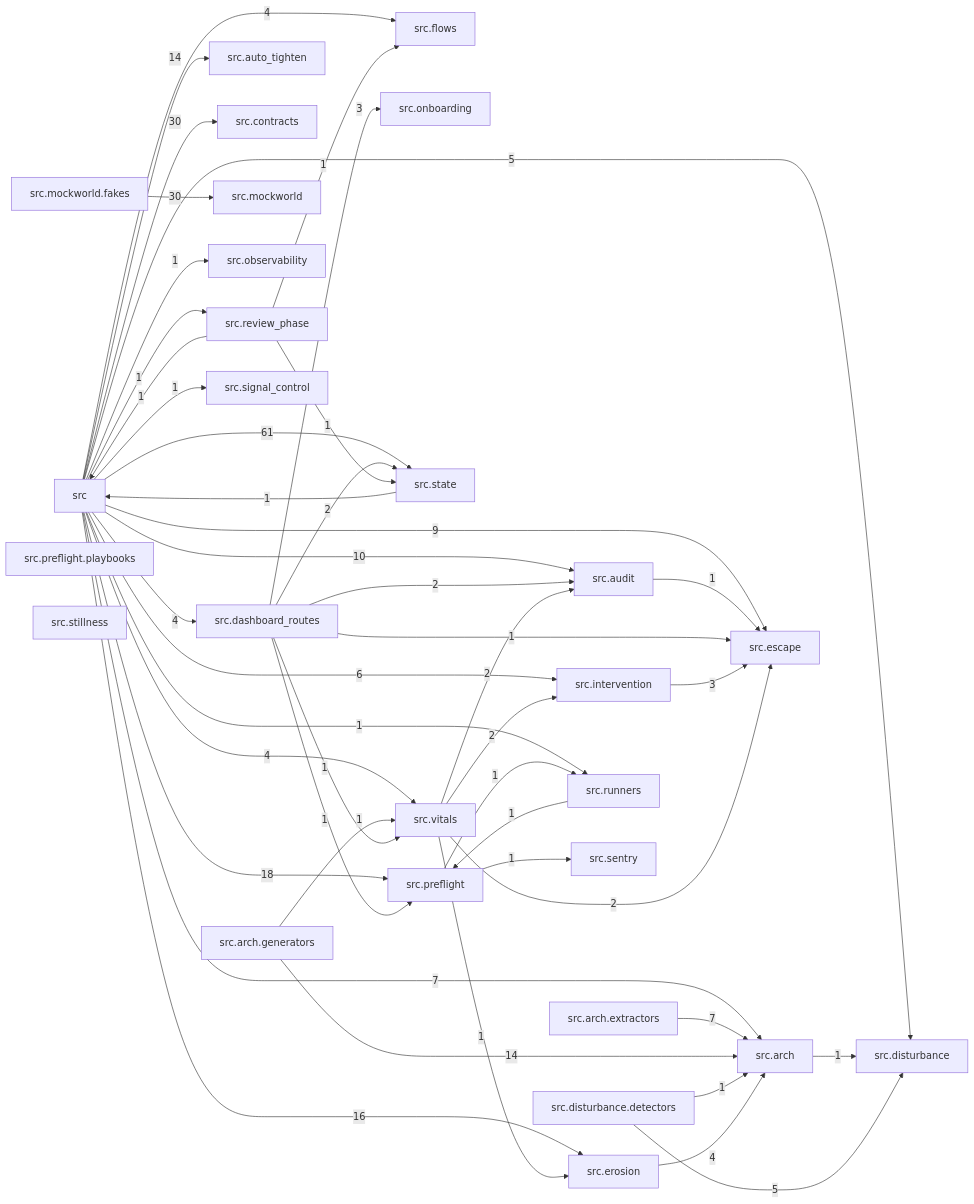
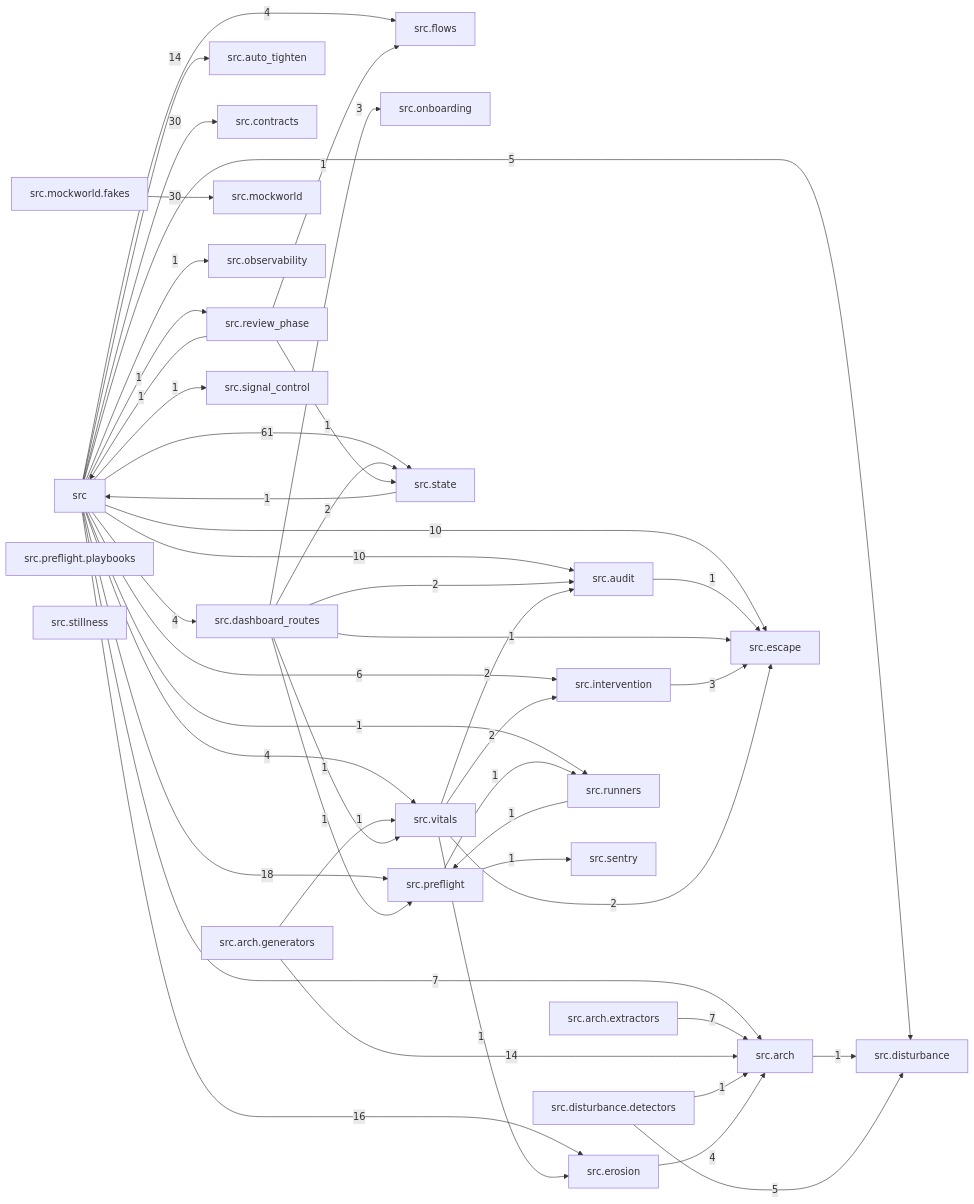
The diagram in docs/arch/generated/modules.md (T-rav/hydraflow), drawn with Mermaid before and after one commit. The commit also changed 9 other files, not shown here.

````diff
--- a/docs/arch/generated/modules.md
+++ b/docs/arch/generated/modules.md
@@ -7,74 +7,74 @@
 ```mermaid
 graph LR
     src["src"]
     src_arch["src.arch"]
     src_arch_extractors["src.arch.extractors"]
     src_arch_generators["src.arch.generators"]
     src_audit["src.audit"]
     src_auto_tighten["src.auto_tighten"]
     src_contracts["src.contracts"]
     src_dashboard_routes["src.dashboard_routes"]
     src_disturbance["src.disturbance"]
     src_disturbance_detectors["src.disturbance.detectors"]
     src_erosion["src.erosion"]
     src_escape["src.escape"]
     src_flows["src.flows"]
     src_intervention["src.intervention"]
     src_mockworld["src.mockworld"]
     src_mockworld_fakes["src.mockworld.fakes"]
     src_observability["src.observability"]
     src_onboarding["src.onboarding"]
     src_preflight["src.preflight"]
     src_preflight_playbooks["src.preflight.playbooks"]
     src_review_phase["src.review_phase"]
     src_runners["src.runners"]
     src_sentry["src.sentry"]
     src_signal_control["src.signal_control"]
     src_state["src.state"]
     src_stillness["src.stillness"]
     src_vitals["src.vitals"]
     src -- "7" --> src_arch
     src -- "10" --> src_audit
     src -- "14" --> src_auto_tighten
     src -- "30" --> src_contracts
     src -- "4" --> src_dashboard_routes
     src -- "5" --> src_disturbance
     src -- "16" --> src_erosion
-    src -- "9" --> src_escape
+    src -- "10" --> src_escape
     src -- "4" --> src_flows
     src -- "6" --> src_intervention
     src -- "1" --> src_observability
     src -- "18" --> src_preflight
     src -- "1" --> src_review_phase
     src -- "1" --> src_runners
     src -- "1" --> src_signal_control
     src -- "61" --> src_state
     src -- "4" --> src_vitals
     src_arch -- "1" --> src_disturbance
     src_arch_extractors -- "7" --> src_arch
     src_arch_generators -- "14" --> src_arch
     src_arch_generators -- "1" --> src_vitals
     src_audit -- "1" --> src_escape
     src_dashboard_routes -- "2" --> src_audit
     src_dashboard_routes -- "1" --> src_escape
     src_dashboard_routes -- "3" --> src_onboarding
     src_dashboard_routes -- "1" --> src_preflight
     src_dashboard_routes -- "2" --> src_state
     src_dashboard_routes -- "1" --> src_vitals
     src_disturbance_detectors -- "1" --> src_arch
     src_disturbance_detectors -- "5" --> src_disturbance
     src_erosion -- "4" --> src_arch
     src_intervention -- "3" --> src_escape
     src_mockworld_fakes -- "30" --> src_mockworld
     src_preflight -- "1" --> src_runners
     src_preflight -- "1" --> src_sentry
     src_review_phase -- "1" --> src
     src_review_phase -- "1" --> src_flows
     src_review_phase -- "1" --> src_state
     src_runners -- "1" --> src_preflight
     src_state -- "1" --> src
     src_vitals -- "2" --> src_audit
     src_vitals -- "1" --> src_erosion
     src_vitals -- "2" --> src_escape
     src_vitals -- "2" --> src_intervention
 ```
````
